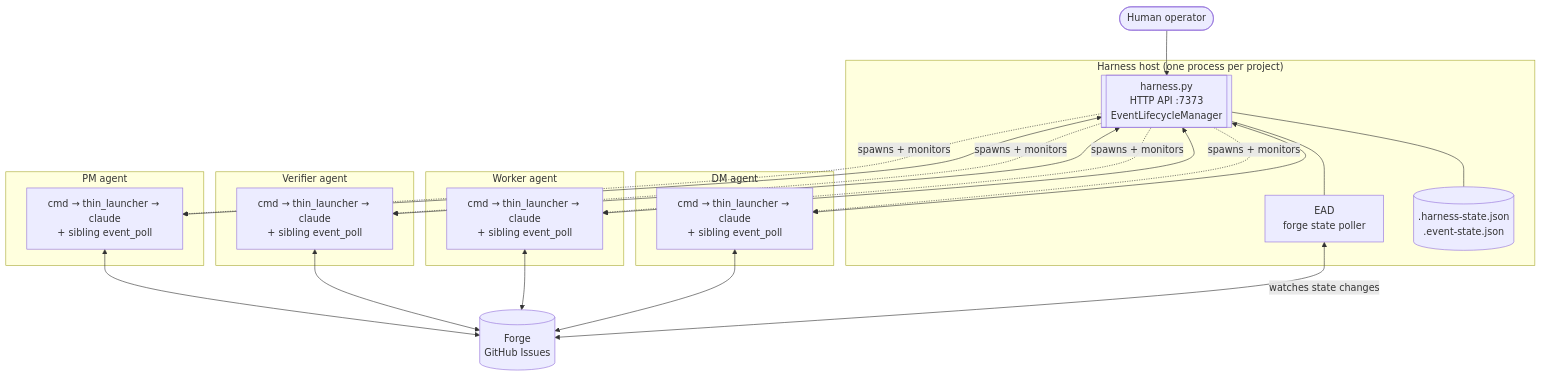
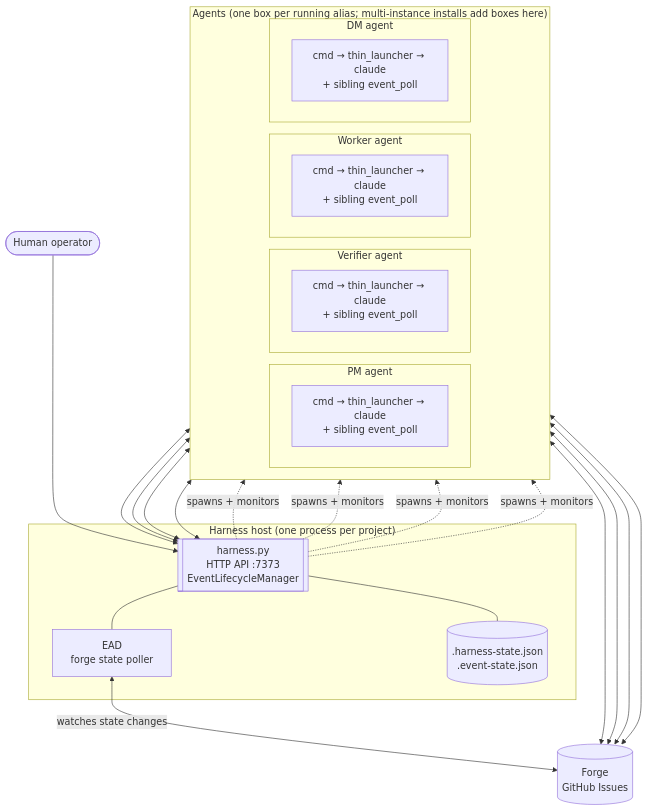
One commit to WallyDoodlez/SquidSquad changed the second of 16 diagrams in docs/AGENT-RUNTIME.md. Above: the diagram before and after it, drawn with Mermaid.

Commit message:
pm: §3.1 layout — harness on top of agents row (better spacing)
Per human direction: §3.1 system overview mermaid diagram was
arranging harness_box and the 4 agent boxes loosely; layout engine
sometimes wedged Forge between them or stacked agents awkwardly.

Restructured:
- Operator at top (level 0)
- harness_box at level 1
- Forge at level 1 (side-by-side with harness)
- All 4 agent boxes wrapped in `agents_row` subgraph with
  `direction LR` so they render as a horizontal row BELOW the
  harness/forge layer

Also tweaked agents_row label to call out that the row scales:
multi-instance installs add boxes here (e.g., 2 frontend + 2
backend worker agents = 4 worker boxes).

No semantic change — same edges, same nodes. Layout-only.

````diff
--- a/docs/AGENT-RUNTIME.md
+++ b/docs/AGENT-RUNTIME.md
@@ -112,48 +112,49 @@
 ```mermaid
 flowchart TB
     Operator(["Human operator"])
-    Forge[("Forge<br/>GitHub Issues")]
 
     subgraph harness_box["Harness host (one process per project)"]
         Harness[["harness.py<br/>HTTP API :7373<br/>EventLifecycleManager"]]
         EAD["EAD<br/>forge state poller"]
         StateFiles[(".harness-state.json<br/>.event-state.json")]
         Harness --- EAD
         Harness --- StateFiles
     end
 
-    subgraph pm_box["PM agent"]
-        PMTree["cmd → thin_launcher → claude<br/>+ sibling event_poll"]
-    end
+    Forge[("Forge<br/>GitHub Issues")]
 
-    subgraph verifier_box["Verifier agent"]
-        VerifierTree["cmd → thin_launcher → claude<br/>+ sibling event_poll"]
-    end
-
-    subgraph worker_box["Worker agent"]
-        WorkerTree["cmd → thin_launcher → claude<br/>+ sibling event_poll"]
-    end
-
-    subgraph dm_box["DM agent"]
-        DMTree["cmd → thin_launcher → claude<br/>+ sibling event_poll"]
+    subgraph agents_row["Agents (one box per running alias; multi-instance installs add boxes here)"]
+        direction LR
+        subgraph pm_box["PM agent"]
+            PMTree["cmd → thin_launcher → claude<br/>+ sibling event_poll"]
+        end
+        subgraph verifier_box["Verifier agent"]
+            VerifierTree["cmd → thin_launcher → claude<br/>+ sibling event_poll"]
+        end
+        subgraph worker_box["Worker agent"]
+            WorkerTree["cmd → thin_launcher → claude<br/>+ sibling event_poll"]
+        end
+        subgraph dm_box["DM agent"]
+            DMTree["cmd → thin_launcher → claude<br/>+ sibling event_poll"]
+        end
     end
 
     Operator --> Harness
 
     Harness -.->|spawns + monitors| PMTree
     Harness -.->|spawns + monitors| VerifierTree
     Harness -.->|spawns + monitors| WorkerTree
     Harness -.->|spawns + monitors| DMTree
 
     PMTree <--> Harness
     VerifierTree <--> Harness
     WorkerTree <--> Harness
     DMTree <--> Harness
 
     PMTree <--> Forge
     VerifierTree <--> Forge
     WorkerTree <--> Forge
     DMTree <--> Forge
 
     EAD <-->|watches state changes| Forge
 ```
````
